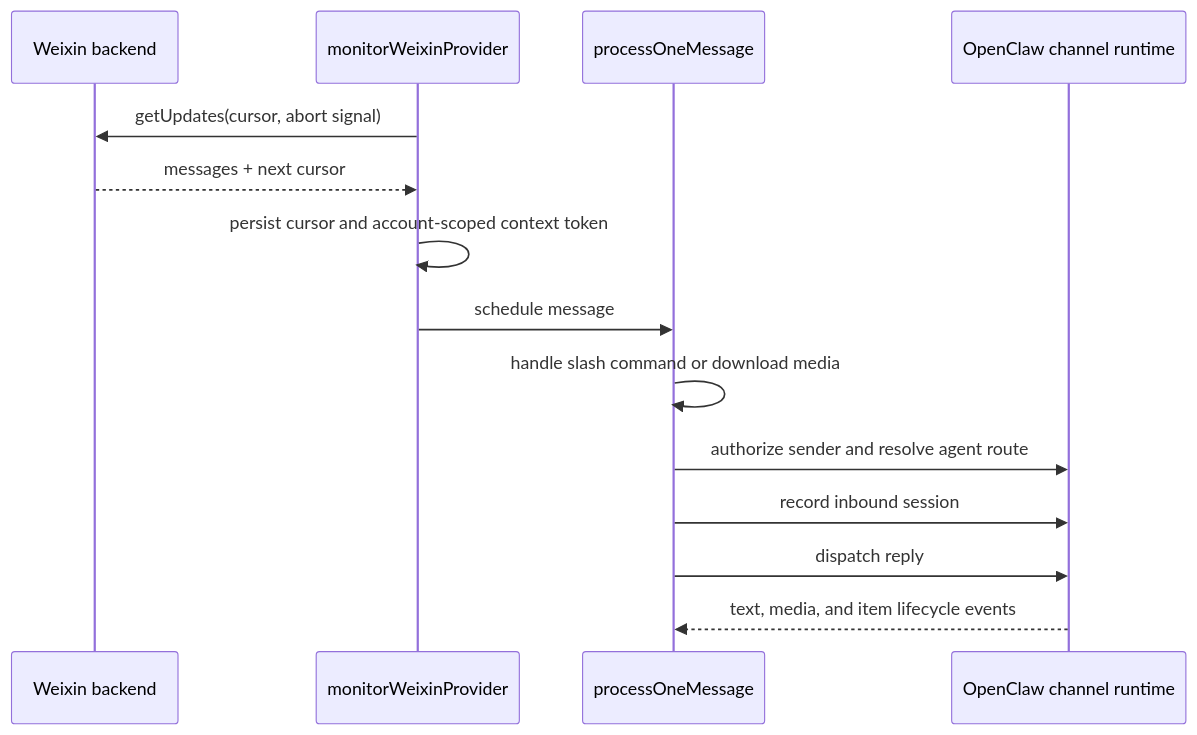
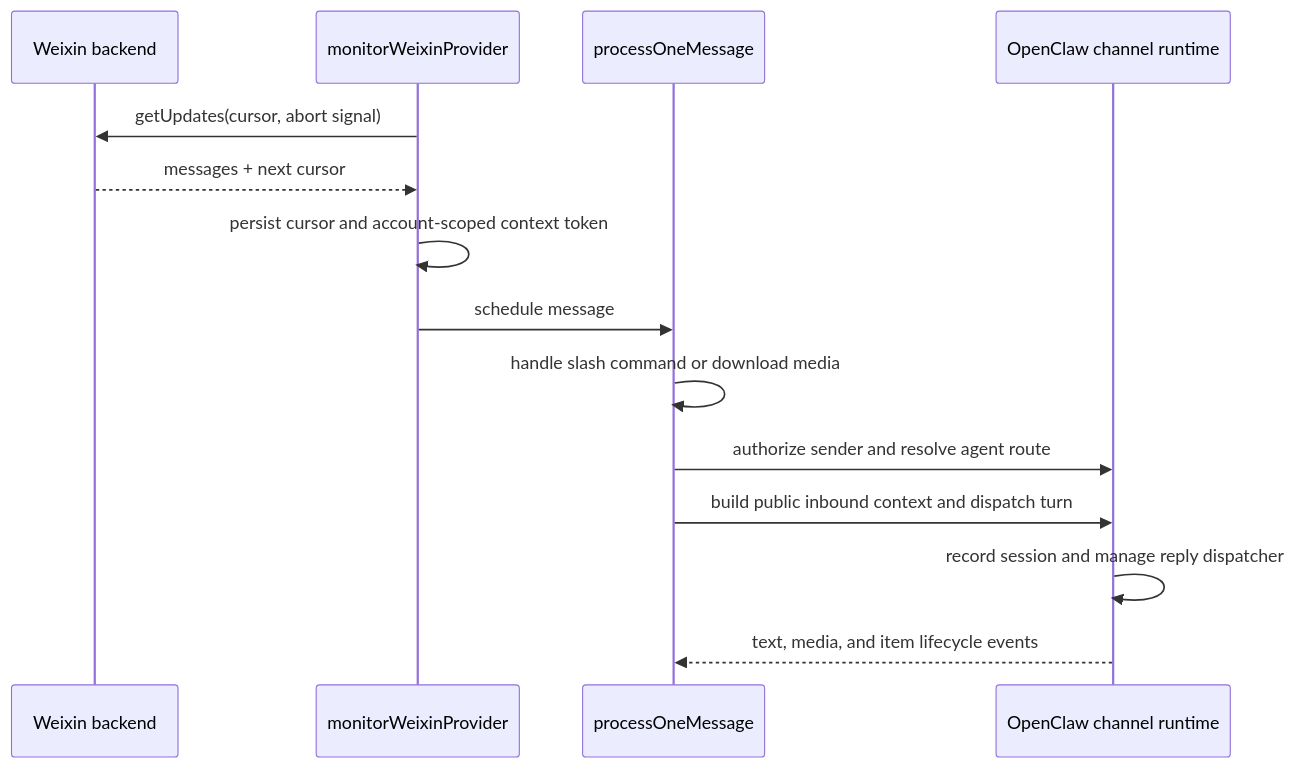
One commit to NewFuture/openclaw-weixin changed the second of 3 diagrams in docs/en/architecture.md. Above: the diagram before and after it, drawn with Mermaid. The commit also changed other lines of this file and 15 other files, not shown here.

First line of the commit message:
refactor(reply): migrate public inbound SDK with legacy compatibility (#102)

````diff
--- a/docs/en/architecture.md
+++ b/docs/en/architecture.md
@@ -51,17 +52,17 @@
 ```mermaid
 sequenceDiagram
   participant Backend as Weixin backend
   participant Monitor as monitorWeixinProvider
   participant Processor as processOneMessage
   participant Runtime as OpenClaw channel runtime
 
   Monitor->>Backend: getUpdates(cursor, abort signal)
   Backend-->>Monitor: messages + next cursor
   Monitor->>Monitor: persist cursor and account-scoped context token
   Monitor->>Processor: schedule message
   Processor->>Processor: handle slash command or download media
   Processor->>Runtime: authorize sender and resolve agent route
-  Processor->>Runtime: record inbound session
-  Processor->>Runtime: dispatch reply
+  Processor->>Runtime: build public inbound context and dispatch turn
+  Runtime->>Runtime: record session and manage reply dispatcher
   Runtime-->>Processor: text, media, and item lifecycle events
 ```
````
